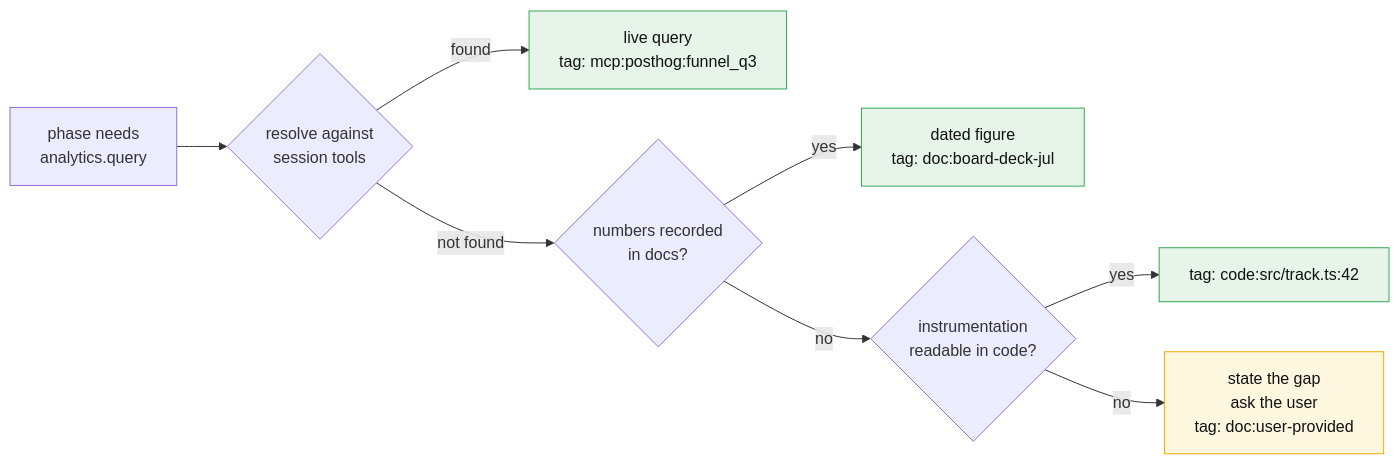
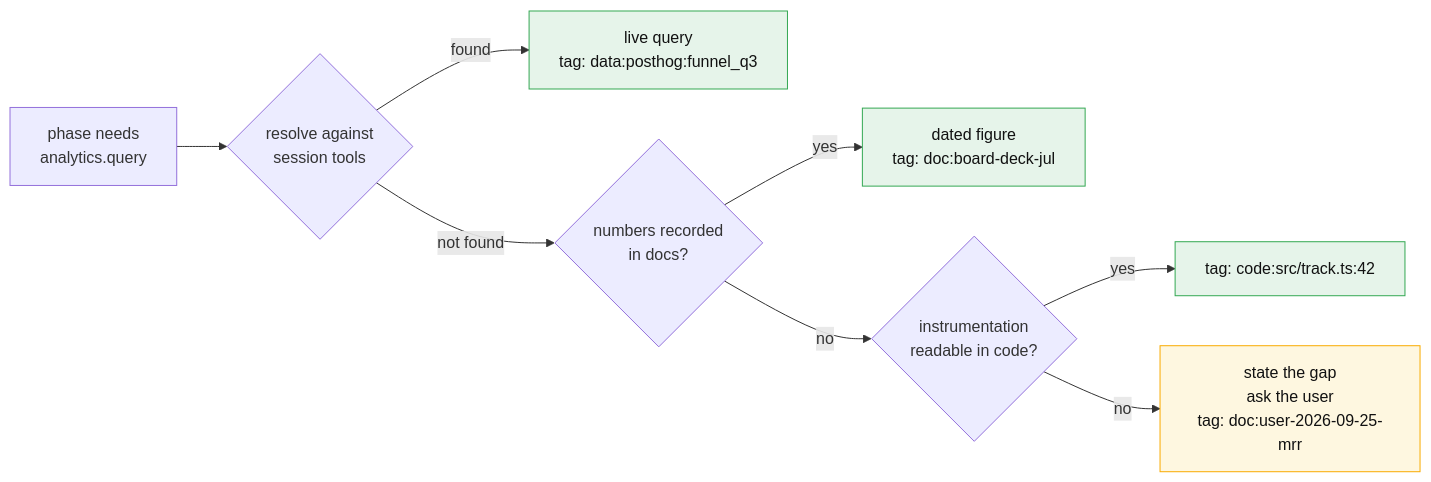
The fifth of 5 diagrams in README.md (mariomile/builder-os), drawn with Mermaid before and after one commit. The commit also changed other lines of this file and 110 other files, not shown here.

````diff
--- a/README.md
+++ b/README.md
@@ -133,15 +133,15 @@
 ```mermaid
 flowchart LR
     NEED["phase needs<br/>analytics.query"] --> R{"resolve against<br/>session tools"}
-    R -->|found| LIVE["live query<br/>tag: mcp:posthog:funnel_q3"]
+    R -->|found| LIVE["live query<br/>tag: data:posthog:funnel_q3"]
     R -->|not found| D1{"numbers recorded<br/>in docs?"}
     D1 -->|yes| DOC["dated figure<br/>tag: doc:board-deck-jul"]
     D1 -->|no| D2{"instrumentation<br/>readable in code?"}
     D2 -->|yes| CODE["tag: code:src/track.ts:42"]
-    D2 -->|no| FLOOR["state the gap<br/>ask the user<br/>tag: doc:user-provided"]
+    D2 -->|no| FLOOR["state the gap<br/>ask the user<br/>tag: doc:user-2026-09-25-mrr"]
 
     classDef ok fill:#e6f4ea,stroke:#34a853,color:#111
     classDef fl fill:#fef7e0,stroke:#f9ab00,color:#111
     class LIVE,DOC,CODE ok
     class FLOOR fl
 ```
````
